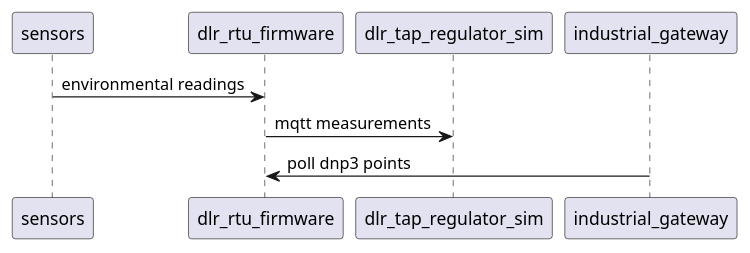
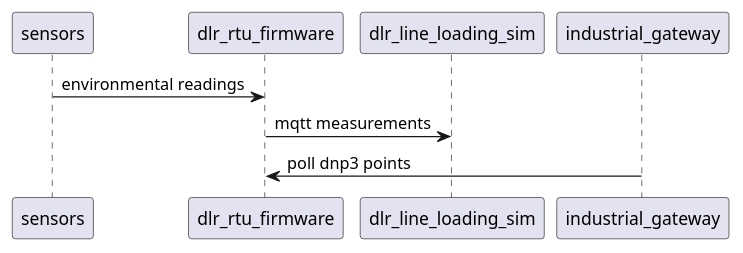
Before and after one commit to arcnode-io/dlr-rtu-firmware: the second of 4 diagrams in readme.md, drawn with PlantUML. The commit also changed other lines of this file and 1 other file, not shown here.

Commit message:
📝 docs: dlr-tap-regulator-sim renamed to dlr-line-loading-sim
Claude-Session: https://claude.ai/code/session_01G9oodV6qNjghBfbi7qXfrt

````diff
--- a/readme.md
+++ b/readme.md
@@ -64,10 +64,10 @@
 ```plantuml
 participant sensors
 participant dlr_rtu_firmware
-participant dlr_tap_regulator_sim
+participant dlr_line_loading_sim
 participant industrial_gateway
 
 sensors -> dlr_rtu_firmware: environmental readings
-dlr_rtu_firmware -> dlr_tap_regulator_sim: mqtt measurements
+dlr_rtu_firmware -> dlr_line_loading_sim: mqtt measurements
 industrial_gateway -> dlr_rtu_firmware: poll dnp3 points
 ```
````
